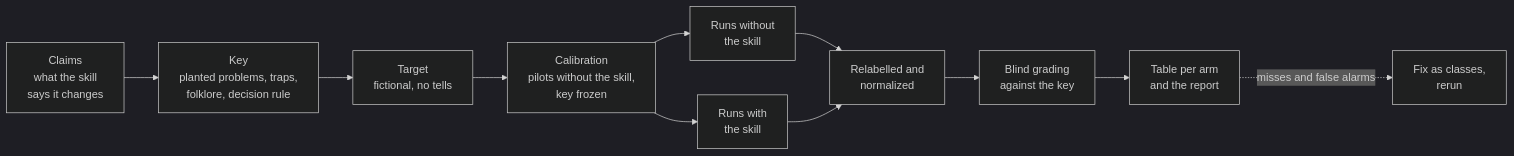
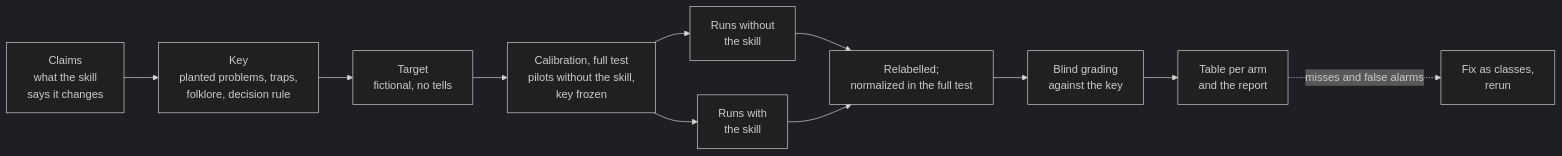
Before and after one commit to arez-xd/blind-test: the diagram in README.md, drawn with Mermaid (dark theme). The commit also changed other lines of this file and 9 other files, not shown here.

First line of the commit message:
Two levels: a quick check by default and the full test (1.2.0)

````diff
--- a/README.md
+++ b/README.md
@@ -72,13 +72,13 @@
 ```mermaid
 flowchart LR
   C["Claims<br/>what the skill<br/>says it changes"] --> K["Key<br/>planted problems, traps,<br/>folklore, decision rule"]
   K --> T["Target<br/>fictional, no tells"]
-  T --> P["Calibration<br/>pilots without the skill,<br/>key frozen"]
+  T --> P["Calibration, full test<br/>pilots without the skill,<br/>key frozen"]
   P --> B["Runs without<br/>the skill"]
   P --> S["Runs with<br/>the skill"]
-  B --> N["Relabelled and<br/>normalized"]
+  B --> N["Relabelled;<br/>normalized in the full test"]
   S --> N
   N --> G["Blind grading<br/>against the key"]
   G --> R["Table per arm<br/>and the report"]
   R -.->|misses and false alarms| F["Fix as classes,<br/>rerun"]
 ```
````
